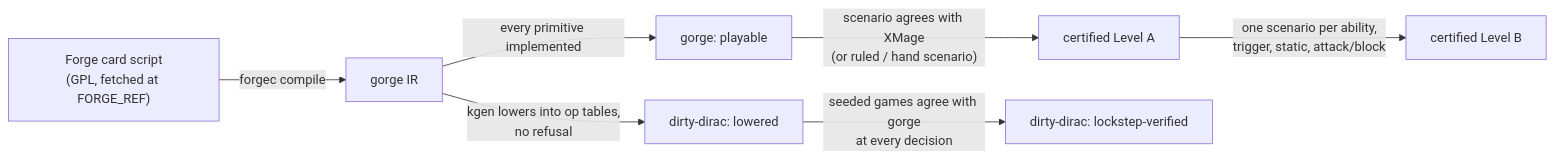
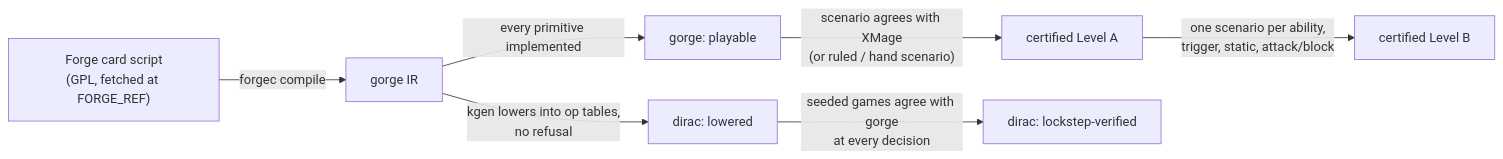
Before and after one commit to adams-shaun/gorge: the diagram in docs/site/support/sets.md, drawn with Mermaid. The commit also changed other lines of this file and 2 other files, not shown here.

Commit message:
docs(support): set figures match the tree on 2026-10-31; nav says dirac and drops the roadmap

````diff
--- a/docs/site/support/sets.md
+++ b/docs/site/support/sets.md
@@ -45,9 +45,9 @@
 ```mermaid
 flowchart LR
   F["Forge card script<br/>(GPL, fetched at FORGE_REF)"] -->|forgec compile| IR["gorge IR"]
   IR -->|every primitive implemented| P["gorge: playable"]
   P -->|"scenario agrees with XMage<br/>(or ruled / hand scenario)"| A["certified Level A"]
   A -->|"one scenario per ability,<br/>trigger, static, attack/block"| B["certified Level B"]
-  IR -->|"kgen lowers into op tables,<br/>no refusal"| K["dirty-dirac: lowered"]
-  K -->|"seeded games agree with gorge<br/>at every decision"| L["dirty-dirac: lockstep-verified"]
+  IR -->|"kgen lowers into op tables,<br/>no refusal"| K["dirac: lowered"]
+  K -->|"seeded games agree with gorge<br/>at every decision"| L["dirac: lockstep-verified"]
 ```
````
